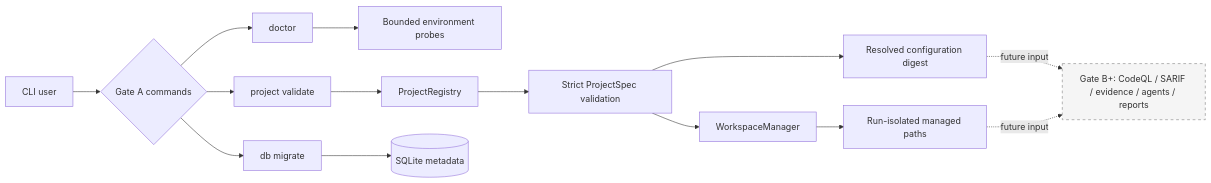
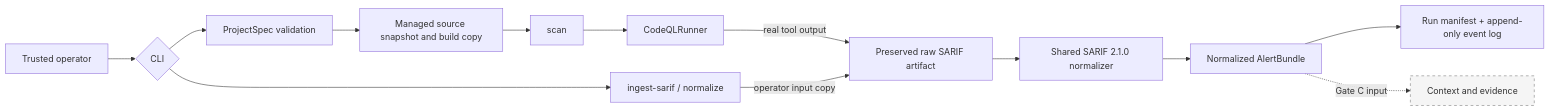
The diagram in README.md (SeverusNg/EviTriage-QL), drawn with Mermaid before and after one commit. The commit also changed other lines of this file and 60 other files, not shown here.

Commit message:
feat: implement Gate B CodeQL and SARIF input layer

````diff
--- a/README.md
+++ b/README.md
@@ -29,18 +32,16 @@
 ```mermaid
 flowchart LR
-    U[CLI user] --> C{Gate A commands}
-    C --> D[doctor]
-    C --> V[project validate]
-    C --> M[db migrate]
-    D --> P[Bounded environment probes]
-    V --> R[ProjectRegistry]
-    R --> S[Strict ProjectSpec validation]
-    S --> H[Resolved configuration digest]
-    S --> W[WorkspaceManager]
-    W --> I[Run-isolated managed paths]
-    M --> Q[(SQLite metadata)]
-    B[Gate B+: CodeQL / SARIF / evidence / agents / reports]:::future
-    H -. future input .-> B
-    I -. future input .-> B
+    U[Trusted operator] --> C{CLI}
+    C --> V[ProjectSpec validation]
+    V --> W[Managed source snapshot and build copy]
+    C --> I[ingest-sarif / normalize]
+    W --> S[scan]
+    S --> R[CodeQLRunner]
+    R -->|real tool output| RAW[Preserved raw SARIF artifact]
+    I -->|operator input copy| RAW
+    RAW --> N[Shared SARIF 2.1.0 normalizer]
+    N --> A[Normalized AlertBundle]
+    A --> J[Run manifest + append-only event log]
+    A -. Gate C input .-> E[Context and evidence]:::future
     classDef future fill:#f5f5f5,stroke:#777,stroke-dasharray: 5 5;
 ```
````
